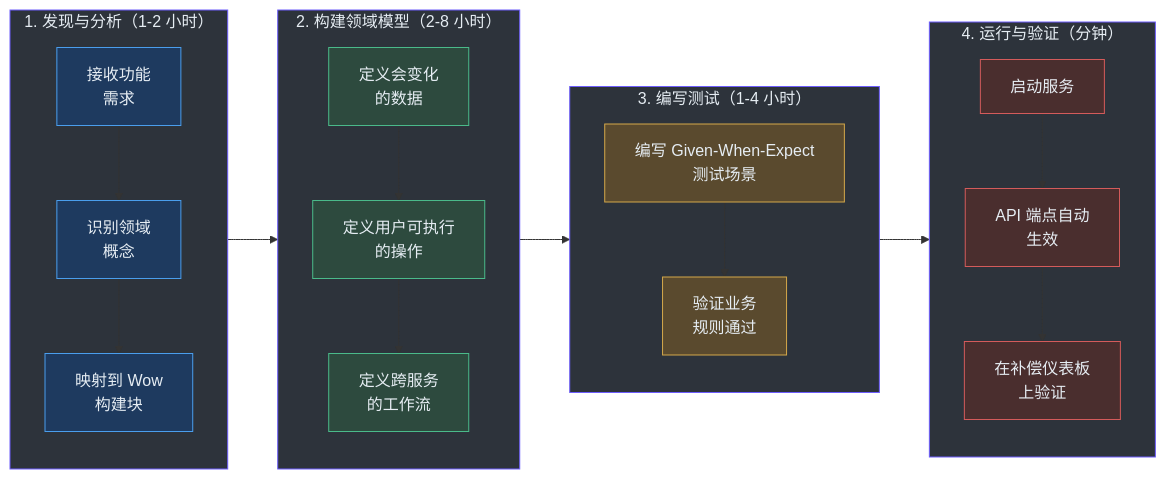
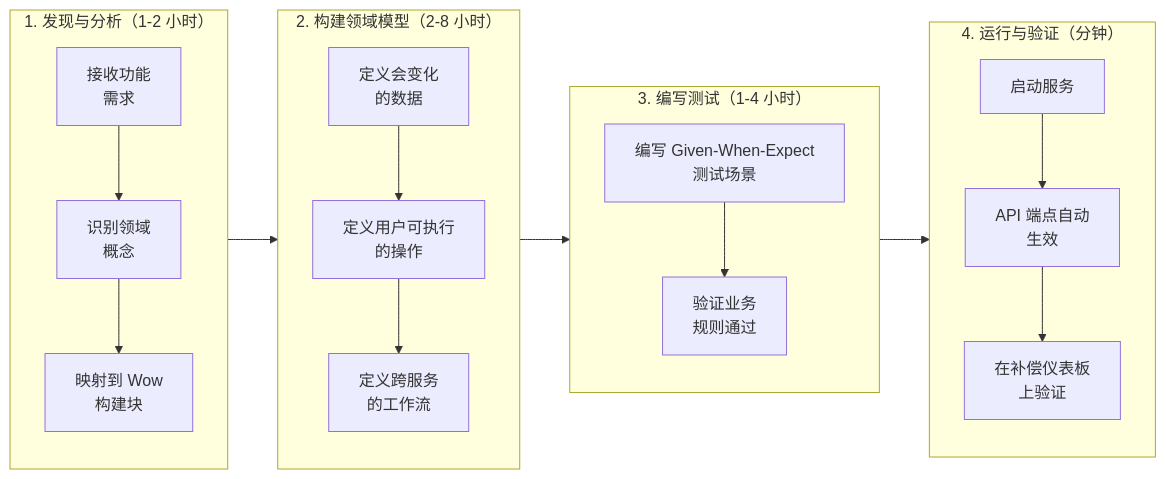
The second of 5 diagrams in documentation/docs/zh/onboarding/product-manager-guide.md (Ahoo-Wang/Wow), drawn with Mermaid before and after one commit. The commit also changed other lines of this file and 32 other files, not shown here.

Commit message:
docs: remove unsupported style/classDef directives from stateDiagram-v2 Mermaid blocks

````diff
--- a/documentation/docs/zh/onboarding/product-manager-guide.md
+++ b/documentation/docs/zh/onboarding/product-manager-guide.md
@@ -111,39 +101,24 @@
 ```mermaid
 flowchart LR
     subgraph Phase1["1. 发现与分析（1-2 小时）"]
         A1["接收功能<br>需求"] --> A2["识别领域<br>概念"]
         A2 --> A3["映射到 Wow<br>构建块"]
     end
 
     subgraph Phase2["2. 构建领域模型（2-8 小时）"]
         B1["定义会变化<br>的数据"] --> B2["定义用户可执行<br>的操作"]
         B2 --> B3["定义跨服务<br>的工作流"]
     end
 
     subgraph Phase3["3. 编写测试（1-4 小时）"]
         C1["编写 Given-When-Expect<br>测试场景"] --> C2["验证业务<br>规则通过"]
     end
 
     subgraph Phase4["4. 运行与验证（分钟）"]
         D1["启动服务"] --> D2["API 端点自动<br>生效"]
         D2 --> D3["在补偿仪表板<br>上验证"]
     end
 
     Phase1 --> Phase2 --> Phase3 --> Phase4
 
-    style Phase1 fill:#2d333b,stroke:#6d5dfc,color:#e6edf3
-    style Phase2 fill:#2d333b,stroke:#6d5dfc,color:#e6edf3
-    style Phase3 fill:#2d333b,stroke:#6d5dfc,color:#e6edf3
-    style Phase4 fill:#2d333b,stroke:#6d5dfc,color:#e6edf3
-    style A1 fill:#1e3a5f,stroke:#4a9eed,color:#e6edf3
-    style A2 fill:#1e3a5f,stroke:#4a9eed,color:#e6edf3
-    style A3 fill:#1e3a5f,stroke:#4a9eed,color:#e6edf3
-    style B1 fill:#2d4a3e,stroke:#4aba8a,color:#e6edf3
-    style B2 fill:#2d4a3e,stroke:#4aba8a,color:#e6edf3
-    style B3 fill:#2d4a3e,stroke:#4aba8a,color:#e6edf3
-    style C1 fill:#5a4a2e,stroke:#d4a84b,color:#e6edf3
-    style C2 fill:#5a4a2e,stroke:#d4a84b,color:#e6edf3
-    style D1 fill:#4a2e2e,stroke:#d45b5b,color:#e6edf3
-    style D2 fill:#4a2e2e,stroke:#d45b5b,color:#e6edf3
-    style D3 fill:#4a2e2e,stroke:#d45b5b,color:#e6edf3
 ```
````
